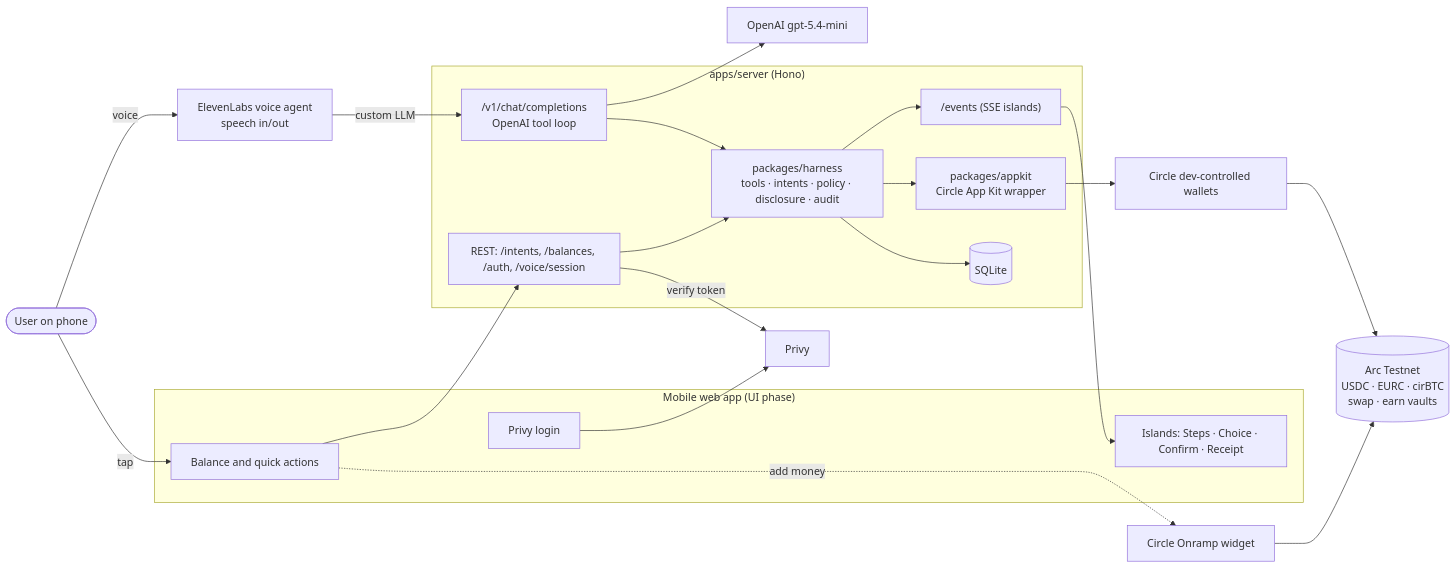
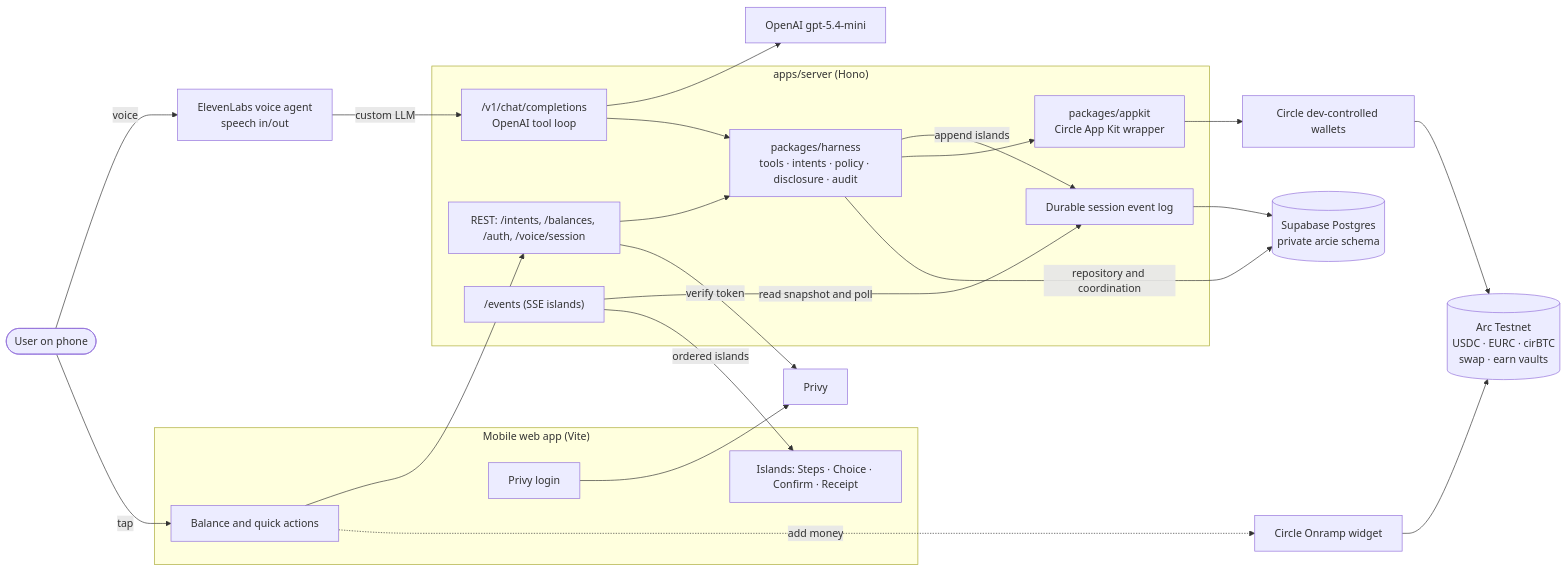
The first of 2 diagrams in docs/architecture.md (keremeskici/arcie), drawn with Mermaid before and after one commit. The commit also changed other lines of this file and 5 other files, not shown here.

````diff
--- a/docs/architecture.md
+++ b/docs/architecture.md
@@ -7,36 +7,40 @@
 ```mermaid
 flowchart LR
   user([User on phone])
-  subgraph Client["Mobile web app (UI phase)"]
+  subgraph Client["Mobile web app (Vite)"]
     ui[Balance and quick actions]
     islands[Islands: Steps · Choice · Confirm · Receipt]
     privyc[Privy login]
   end
   el[ElevenLabs voice agent<br/>speech in/out]
   subgraph Server["apps/server (Hono)"]
     llm["/v1/chat/completions<br/>OpenAI tool loop"]
     rest["REST: /intents, /balances, /auth, /voice/session"]
     sse["/events (SSE islands)"]
     harness["packages/harness<br/>tools · intents · policy · disclosure · audit"]
     appkit["packages/appkit<br/>Circle App Kit wrapper"]
-    db[(SQLite)]
+    events["Durable session event log"]
   end
+  db[("Supabase Postgres<br/>private arcie schema")]
   openai[OpenAI gpt-5.4-mini]
   privy[Privy]
   circle[Circle dev-controlled wallets]
   arc[(Arc Testnet<br/>USDC · EURC · cirBTC<br/>swap · earn vaults)]
   onramp[Circle Onramp widget]
 
   user -->|voice| el
   user -->|tap| ui
   el -->|custom LLM| llm
   llm --> openai
   llm --> harness
   ui --> rest --> harness
-  harness --> sse --> islands
+  harness -->|append islands| events
+  sse -->|read snapshot and poll| events
+  sse -->|ordered islands| islands
+  events --> db
   privyc --> privy
   rest -->|verify token| privy
   harness --> appkit --> circle --> arc
-  harness --> db
+  harness -->|repository and coordination| db
   ui -. add money .-> onramp --> arc
 ```
````
